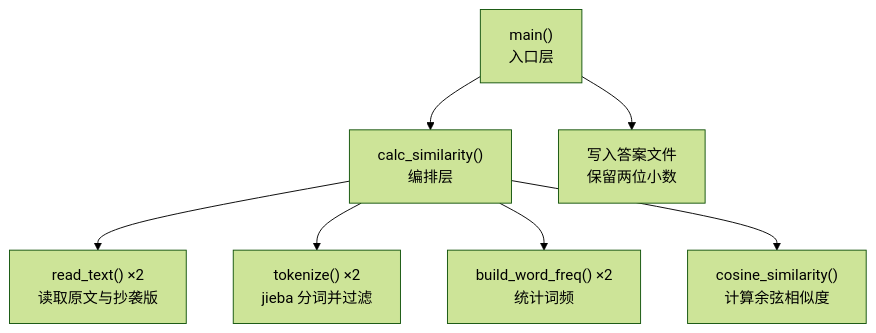
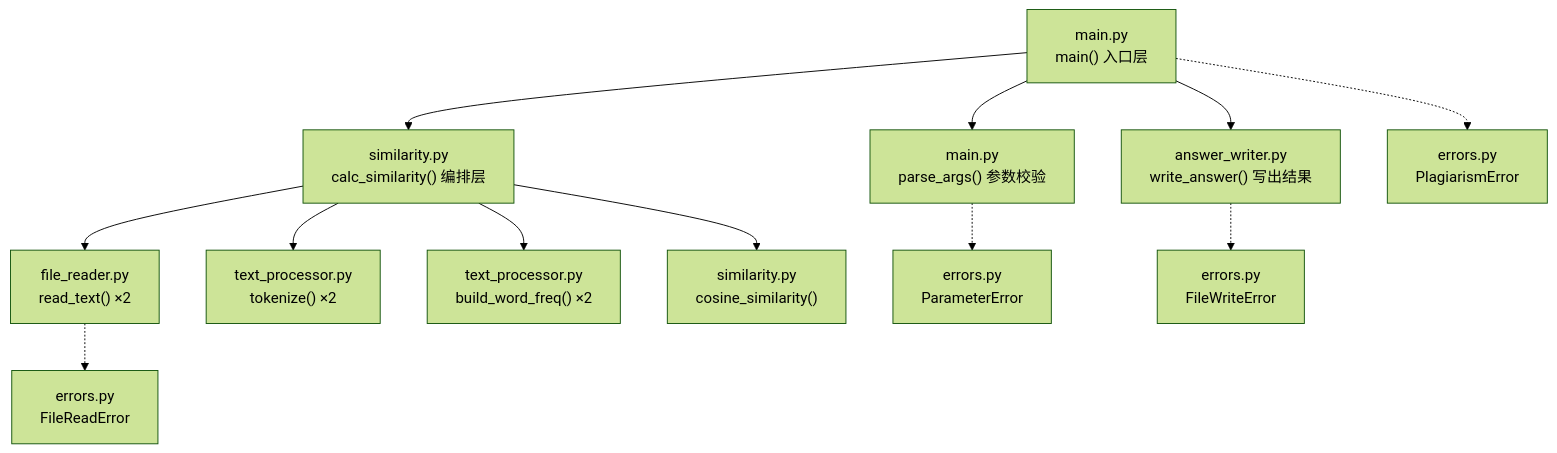
One commit to ttr-rui/TTR-rui changed the first of 2 diagrams in 3224004344/doc/设计文档.md. Above: the diagram before and after it, drawn with Mermaid (forest theme). The commit also changed other lines of this file, not shown here.

````diff
--- a/3224004344/doc/设计文档.md
+++ b/3224004344/doc/设计文档.md
@@ -40,9 +50,14 @@
 ```mermaid
 flowchart TD
-    M["main()<br/>入口层"] --> C["calc_similarity()<br/>编排层"]
-    M --> W["写入答案文件<br/>保留两位小数"]
-    C --> R["read_text() ×2<br/>读取原文与抄袭版"]
-    C --> T["tokenize() ×2<br/>jieba 分词并过滤"]
-    C --> F["build_word_freq() ×2<br/>统计词频"]
-    C --> S["cosine_similarity()<br/>计算余弦相似度"]
+    M["main.py<br/>main() 入口层"] --> P["main.py<br/>parse_args() 参数校验"]
+    M --> C["similarity.py<br/>calc_similarity() 编排层"]
+    M --> W["answer_writer.py<br/>write_answer() 写出结果"]
+    M -.-> E1["errors.py<br/>PlagiarismError"]
+    C --> R["file_reader.py<br/>read_text() ×2"]
+    C --> T["text_processor.py<br/>tokenize() ×2"]
+    C --> F["text_processor.py<br/>build_word_freq() ×2"]
+    C --> S["similarity.py<br/>cosine_similarity()"]
+    P -.-> E3["errors.py<br/>ParameterError"]
+    R -.-> E2["errors.py<br/>FileReadError"]
+    W -.-> E4["errors.py<br/>FileWriteError"]
 ```
````
